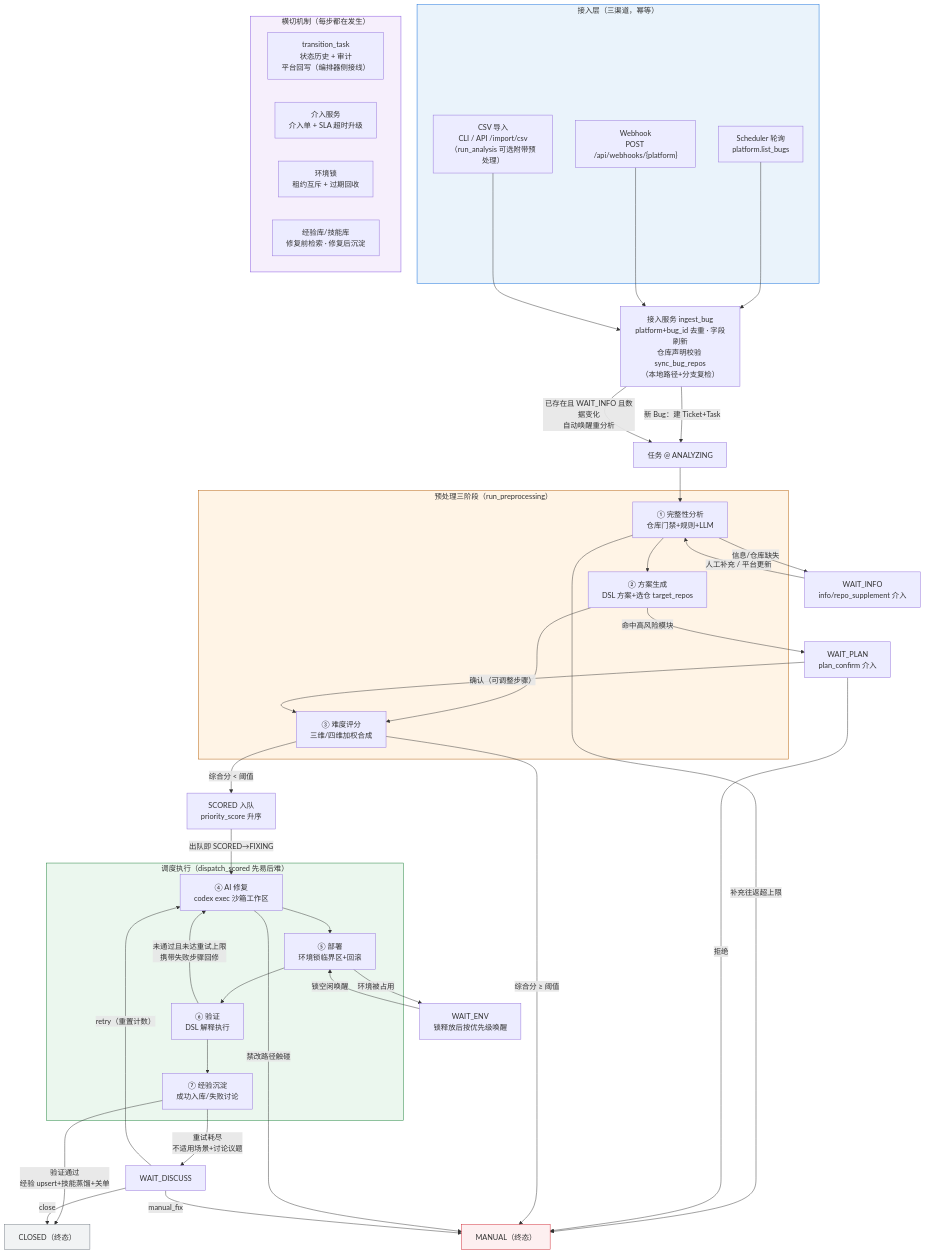
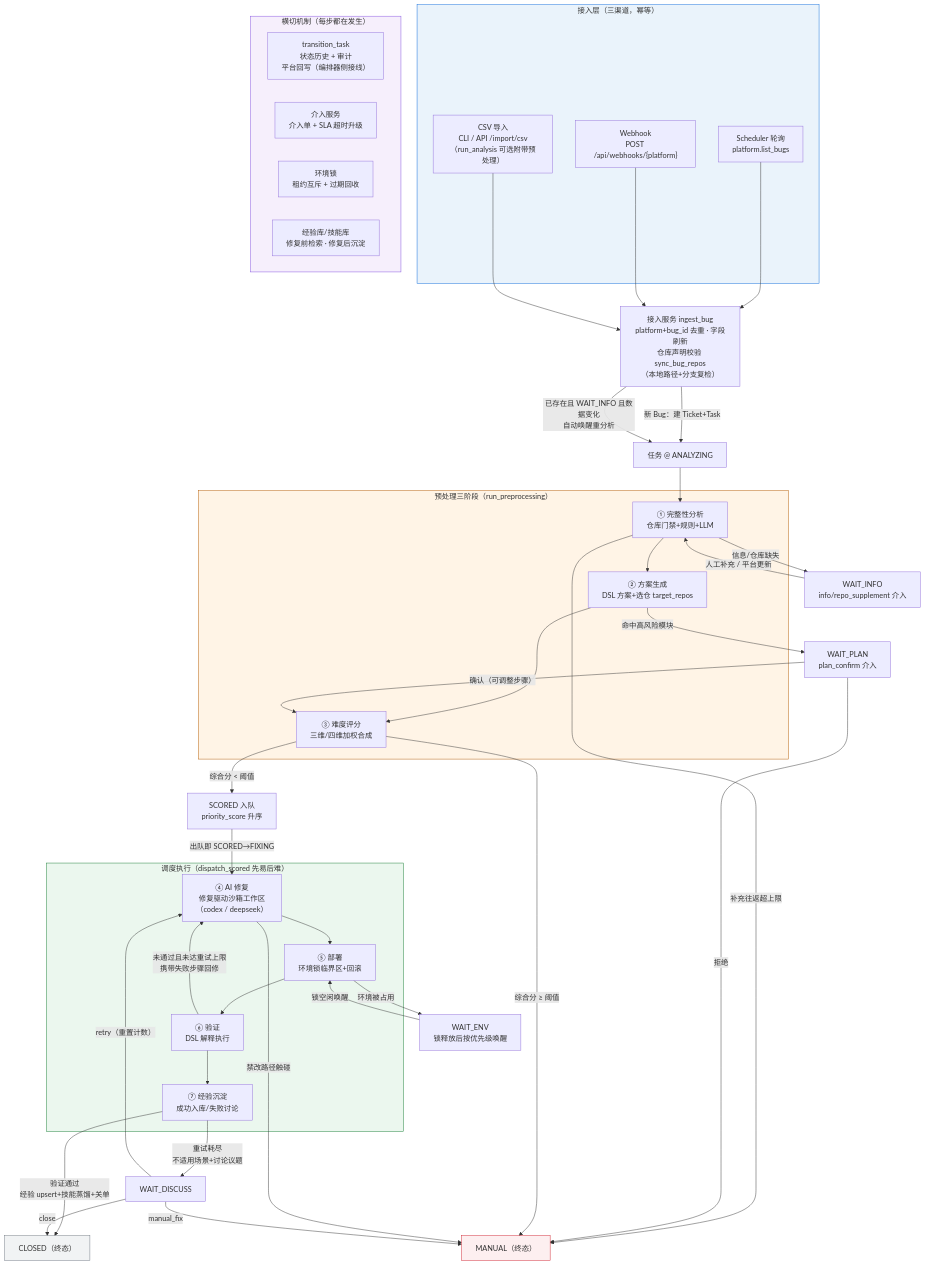
Before and after one commit to royalvald/aitools: the first of 16 diagrams in autoBugFixer/docs/业务流程图.md, drawn with Mermaid. The commit also changed other lines of this file and 13 other files, not shown here.

````diff
--- a/autoBugFixer/docs/业务流程图.md
+++ b/autoBugFixer/docs/业务流程图.md
@@ -16,66 +16,66 @@
 ```mermaid
 flowchart TD
     subgraph CH["接入层（三渠道，幂等）"]
         POLL["Scheduler 轮询<br/>platform.list_bugs"]
         HOOK["Webhook<br/>POST /api/webhooks/{platform}"]
         CSV["CSV 导入<br/>CLI / API /import/csv<br/>（run_analysis 可选附带预处理）"]
     end
 
     ING["接入服务 ingest_bug<br/>platform+bug_id 去重 · 字段刷新<br/>仓库声明校验 sync_bug_repos<br/>（本地路径+分支复检）"]
     POLL --> ING
     HOOK --> ING
     CSV --> ING
 
     ING -->|"新 Bug：建 Ticket+Task"| AN["任务 @ ANALYZING"]
     ING -->|"已存在且 WAIT_INFO 且数据变化<br/>自动唤醒重分析"| AN
 
     subgraph PRE["预处理三阶段（run_preprocessing）"]
         C1["① 完整性分析<br/>仓库门禁+规则+LLM"]
         P1["② 方案生成<br/>DSL 方案+选仓 target_repos"]
         S1["③ 难度评分<br/>三维/四维加权合成"]
         C1 --> P1 --> S1
     end
     AN --> C1
 
     C1 -->|"信息/仓库缺失"| WI["WAIT_INFO<br/>info/repo_supplement 介入"]
     WI -->|"人工补充 / 平台更新"| C1
     C1 -->|"补充往返超上限"| MU["MANUAL（终态）"]
     P1 -->|"命中高风险模块"| WP["WAIT_PLAN<br/>plan_confirm 介入"]
     WP -->|"确认（可调整步骤）"| S1
     WP -->|"拒绝"| MU
     S1 -->|"综合分 ≥ 阈值"| MU
     S1 -->|"综合分 < 阈值"| Q["SCORED 入队<br/>priority_score 升序"]
 
     subgraph EXEC["调度执行（dispatch_scored 先易后难）"]
-        F["④ AI 修复<br/>codex exec 沙箱工作区"]
+        F["④ AI 修复<br/>修复驱动沙箱工作区<br/>（codex / deepseek）"]
         D["⑤ 部署<br/>环境锁临界区+回滚"]
         V["⑥ 验证<br/>DSL 解释执行"]
         L["⑦ 经验沉淀<br/>成功入库/失败讨论"]
         F --> D --> V --> L
     end
     Q -->|"出队即 SCORED→FIXING"| F
 
     D -->|"环境被占用"| WE["WAIT_ENV<br/>锁释放后按优先级唤醒"]
     WE -->|"锁空闲唤醒"| D
     V -->|"未通过且未达重试上限<br/>携带失败步骤回修"| F
     F -->|"禁改路径触碰"| MU
     L -->|"验证通过<br/>经验 upsert+技能蒸馏+关单"| CL["CLOSED（终态）"]
     L -->|"重试耗尽<br/>不适用场景+讨论议题"| WD["WAIT_DISCUSS"]
     WD -->|"manual_fix"| MU
     WD -->|"close"| CL
     WD -->|"retry（重置计数）"| F
 
     subgraph CROSS["横切机制（每步都在发生）"]
         TR["transition_task<br/>状态历史 + 审计<br/>平台回写（编排器侧接线）"]
         HITL["介入服务<br/>介入单 + SLA 超时升级"]
         LOCK["环境锁<br/>租约互斥 + 过期回收"]
         KB["经验库/技能库<br/>修复前检索 · 修复后沉淀"]
     end
 
     style CH fill:#eaf3fb,stroke:#0969da
     style PRE fill:#fff4e6,stroke:#b35900
     style EXEC fill:#ebf7ee,stroke:#1a7f37
     style CROSS fill:#f6effc,stroke:#8250df
     style MU fill:#fdeff0,stroke:#cf222e
     style CL fill:#f1f3f4,stroke:#6e7781
 ```
````
